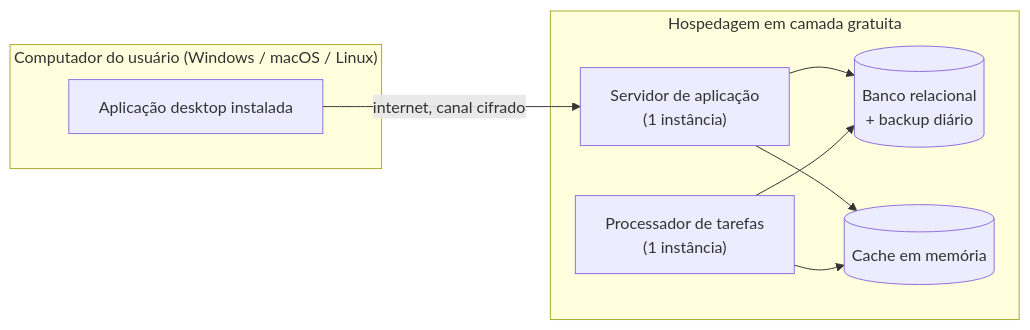
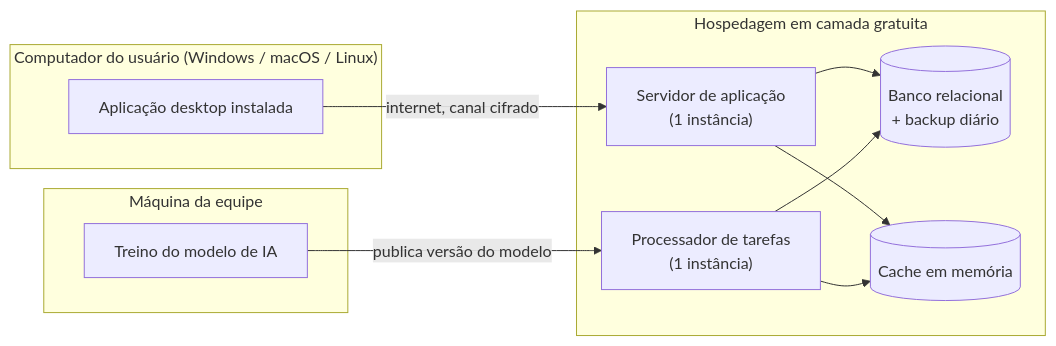
Before and after one commit to AnjiNight/Revolution-THE-BOB: the ninth of 9 diagrams in arquitetura.md, drawn with Mermaid. The commit also changed other lines of this file and 24 other files, not shown here.

````diff
--- a/arquitetura.md
+++ b/arquitetura.md
@@ -550,17 +423,21 @@
 ```mermaid
 flowchart LR
     subgraph Usuario["Computador do usuário (Windows / macOS / Linux)"]
         A1["Aplicação desktop instalada"]
     end
     subgraph Nuvem["Hospedagem em camada gratuita"]
         S1["Servidor de aplicação<br/>(1 instância)"]
         S2["Processador de tarefas<br/>(1 instância)"]
         D1[("Banco relacional<br/>+ backup diário")]
         C1[("Cache em memória")]
     end
+    subgraph Equipe["Máquina da equipe"]
+        T1["Treino do modelo de IA"]
+    end
     A1 -- "internet, canal cifrado" --> S1
     S1 --> D1
     S1 --> C1
     S2 --> D1
     S2 --> C1
+    T1 -- "publica versão do modelo" --> S2
 ```
````
